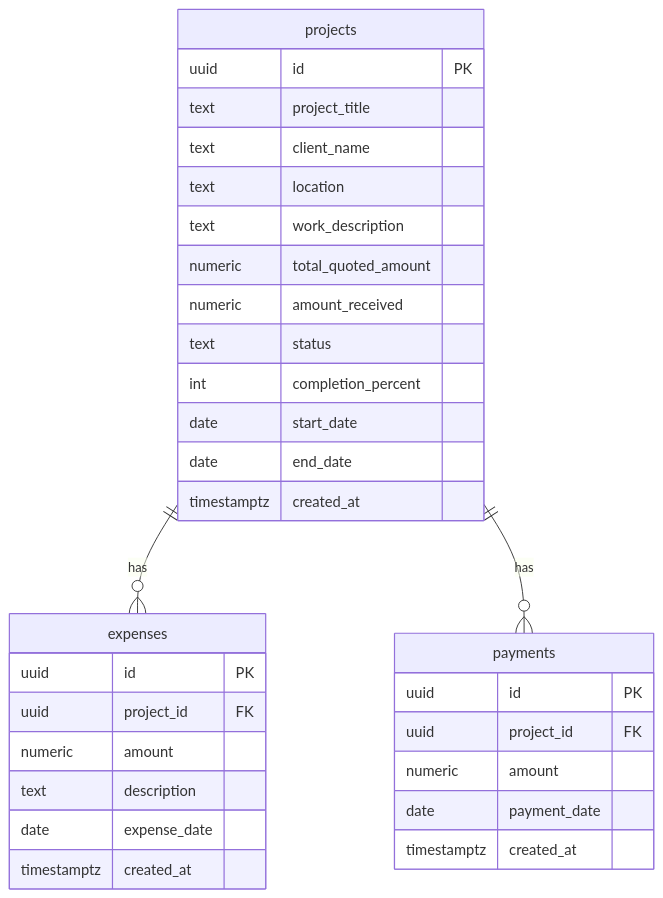
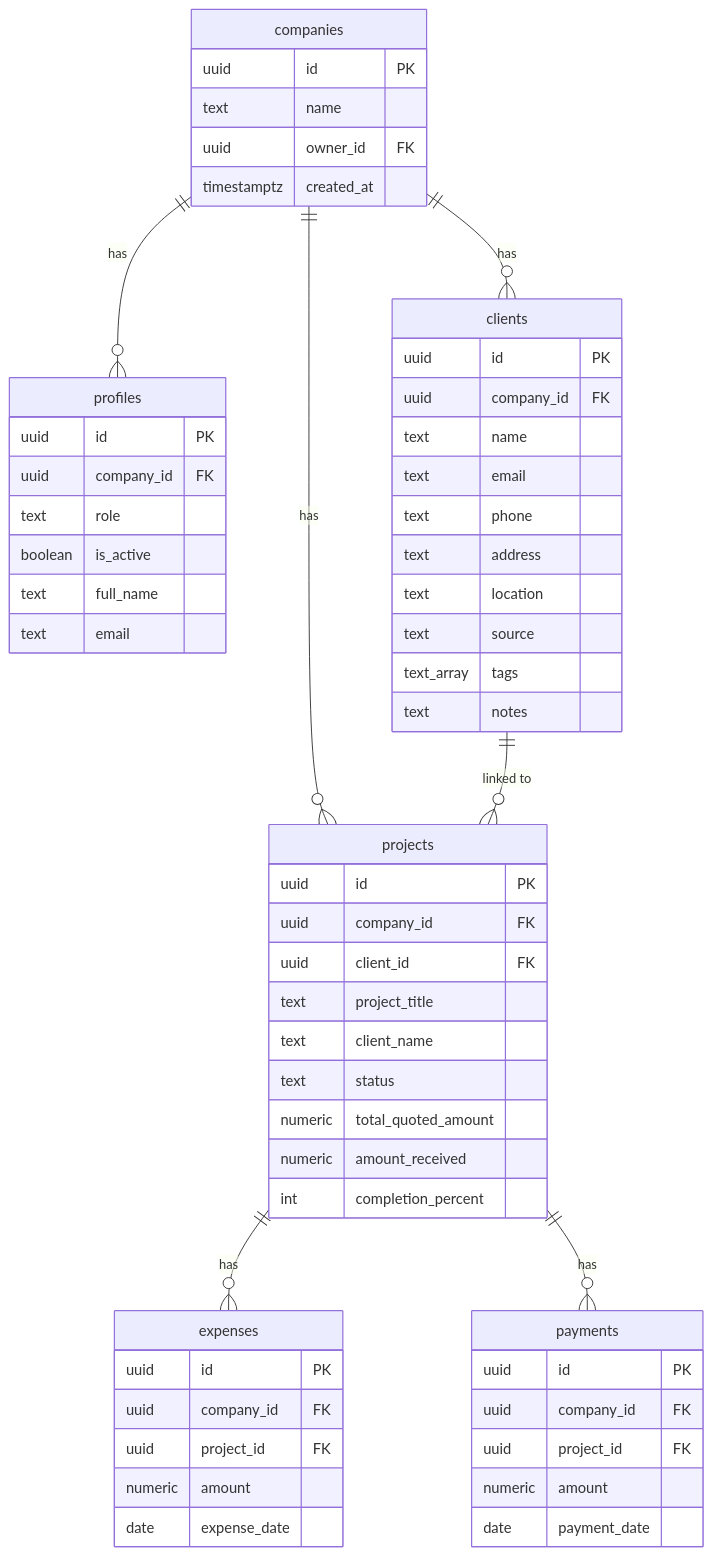
The diagram in docs/03-database-schema.md (swanjohn99/Skyline-App), drawn with Mermaid before and after one commit. The commit also changed other lines of this file and 32 other files, not shown here.

````diff
--- a/docs/03-database-schema.md
+++ b/docs/03-database-schema.md
@@ -9,37 +11,61 @@
 ```mermaid
 erDiagram
-  projects ||--o{ expenses : has
-  projects ||--o{ payments : has
+  companies ||--o{ profiles : has
+  companies ||--o{ clients : has
+  companies ||--o{ projects : has
+  clients   ||--o{ projects : "linked to"
+  projects  ||--o{ expenses : has
+  projects  ||--o{ payments : has
 
+  companies {
+    uuid id PK
+    text name
+    uuid owner_id FK
+    timestamptz created_at
+  }
+  profiles {
+    uuid id PK
+    uuid company_id FK
+    text role
+    boolean is_active
+    text full_name
+    text email
+  }
+  clients {
+    uuid id PK
+    uuid company_id FK
+    text name
+    text email
+    text phone
+    text address
+    text location
+    text source
+    text_array tags
+    text notes
+  }
   projects {
     uuid id PK
+    uuid company_id FK
+    uuid client_id FK
     text project_title
     text client_name
-    text location
-    text work_description
+    text status
     numeric total_quoted_amount
     numeric amount_received
-    text status
     int completion_percent
-    date start_date
-    date end_date
-    timestamptz created_at
   }
-
   expenses {
     uuid id PK
+    uuid company_id FK
     uuid project_id FK
     numeric amount
-    text description
     date expense_date
-    timestamptz created_at
   }
-
   payments {
     uuid id PK
+    uuid company_id FK
     uuid project_id FK
     numeric amount
     date payment_date
-    timestamptz created_at
   }
 ```
````
